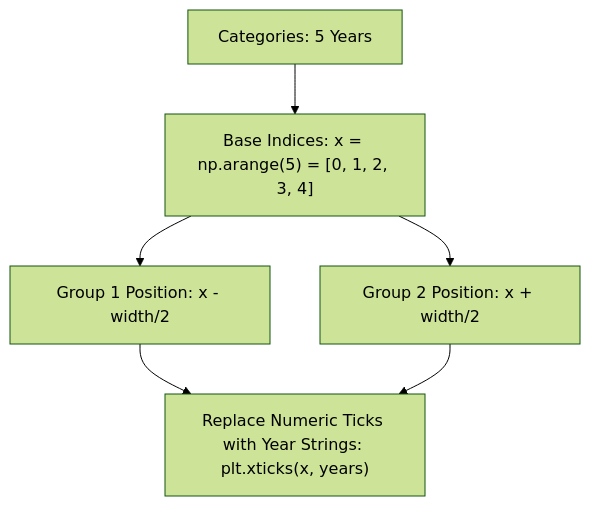
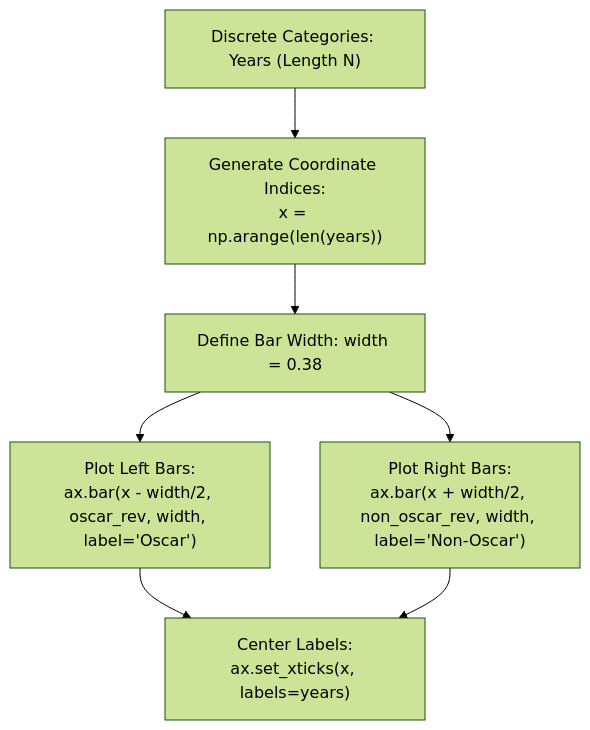
One commit to S1h2i3v4a/AI_ML changed the diagram in lecture_18/Notes_18.11/README.md. Above: the diagram before and after it, drawn with Mermaid (forest theme). The commit also changed other lines of this file and 71 other files, not shown here.

Commit message:
docs(lecture 18): align notes with video lectures, add blackboard diagrams, clean structured functions, and compile vector PDFs

````diff
--- a/lecture_18/Notes_18.11/README.md
+++ b/lecture_18/Notes_18.11/README.md
@@ -16,7 +18,8 @@
 ```mermaid
 flowchart TD
-    A["Categories: 5 Years"] --> B["Base Indices: x = np.arange(5) = [0, 1, 2, 3, 4]"]
-    B --> C["Group 1 Position: x - width/2"]
-    B --> D["Group 2 Position: x + width/2"]
-    C & D --> E["Replace Numeric Ticks with Year Strings: plt.xticks(x, years)"]
+    A["Discrete Categories: Years (Length N)"] --> B["Generate Coordinate Indices:<br/>x = np.arange(len(years))"]
+    B --> C["Define Bar Width: width = 0.38"]
+    C --> D["Plot Left Bars:<br/>ax.bar(x - width/2, oscar_rev, width, label='Oscar')"]
+    C --> E["Plot Right Bars:<br/>ax.bar(x + width/2, non_oscar_rev, width, label='Non-Oscar')"]
+    D & E --> F["Center Labels:<br/>ax.set_xticks(x, labels=years)"]
 ```
````
